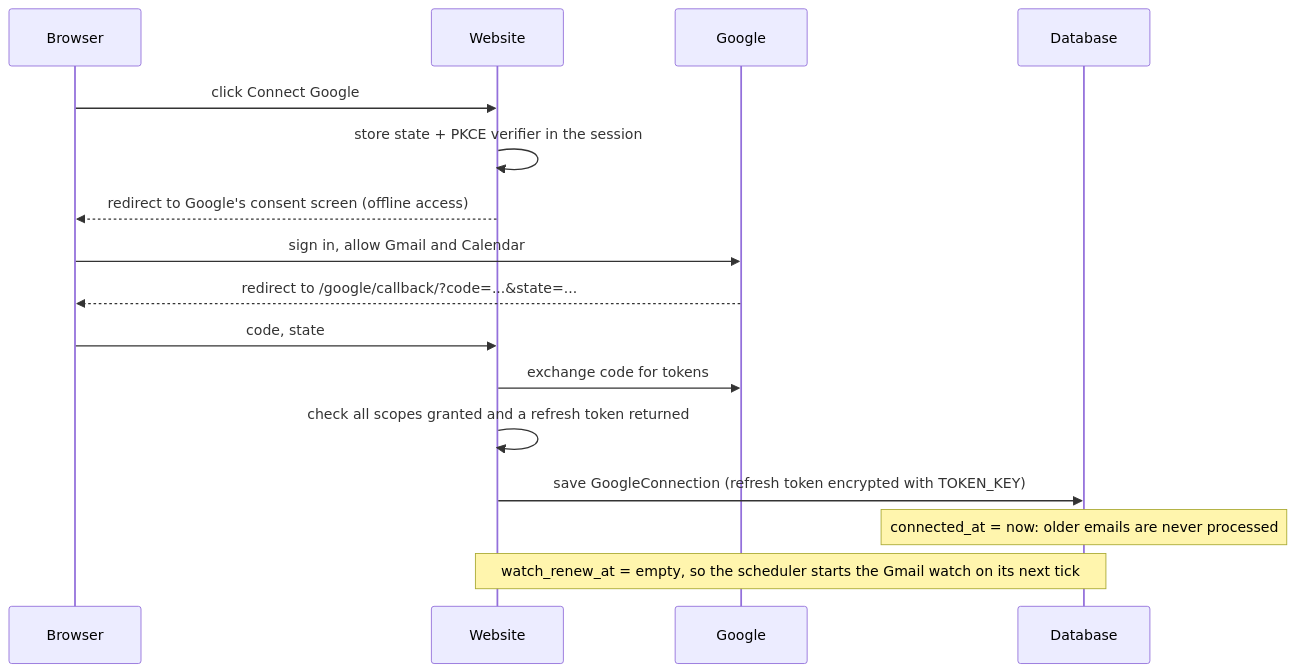
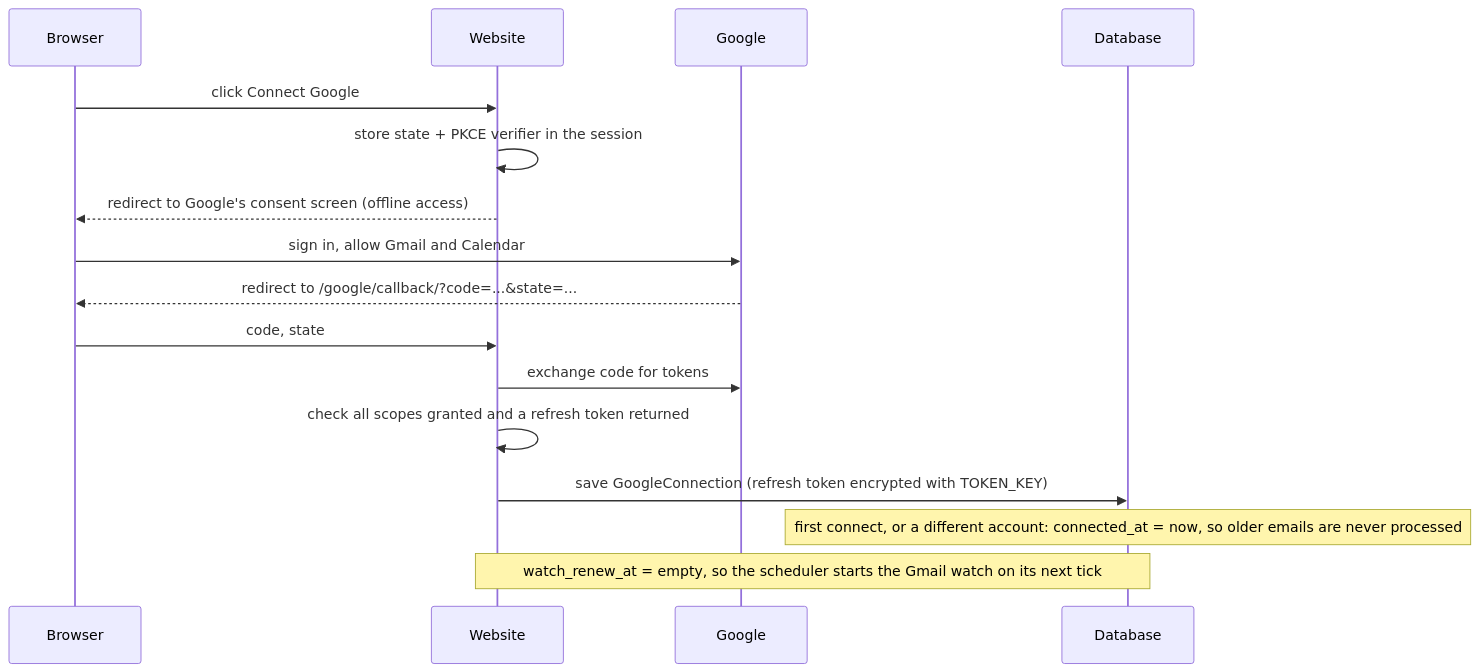
One commit to Ryancg3/email-agent-hack-2026 changed the sixth of 7 diagrams in docs/system-design.md. Above: the diagram before and after it, drawn with Mermaid. The commit also changed other lines of this file and 3 other files, not shown here.

First line of the commit message:
Reset the email cutoff when a different Google account connects

````diff
--- a/docs/system-design.md
+++ b/docs/system-design.md
@@ -220,19 +221,19 @@
 ```mermaid
 sequenceDiagram
     participant B as Browser
     participant W as Website
     participant G as Google
     participant D as Database
 
     B->>W: click Connect Google
     W->>W: store state + PKCE verifier in the session
     W-->>B: redirect to Google's consent screen (offline access)
     B->>G: sign in, allow Gmail and Calendar
     G-->>B: redirect to /google/callback/?code=...&state=...
     B->>W: code, state
     W->>G: exchange code for tokens
     W->>W: check all scopes granted and a refresh token returned
     W->>D: save GoogleConnection (refresh token encrypted with TOKEN_KEY)
-    Note over D: connected_at = now: older emails are never processed
+    Note over D: first connect, or a different account: connected_at = now, so older emails are never processed
     Note over W,D: watch_renew_at = empty, so the scheduler starts the Gmail watch on its next tick
 ```
````
